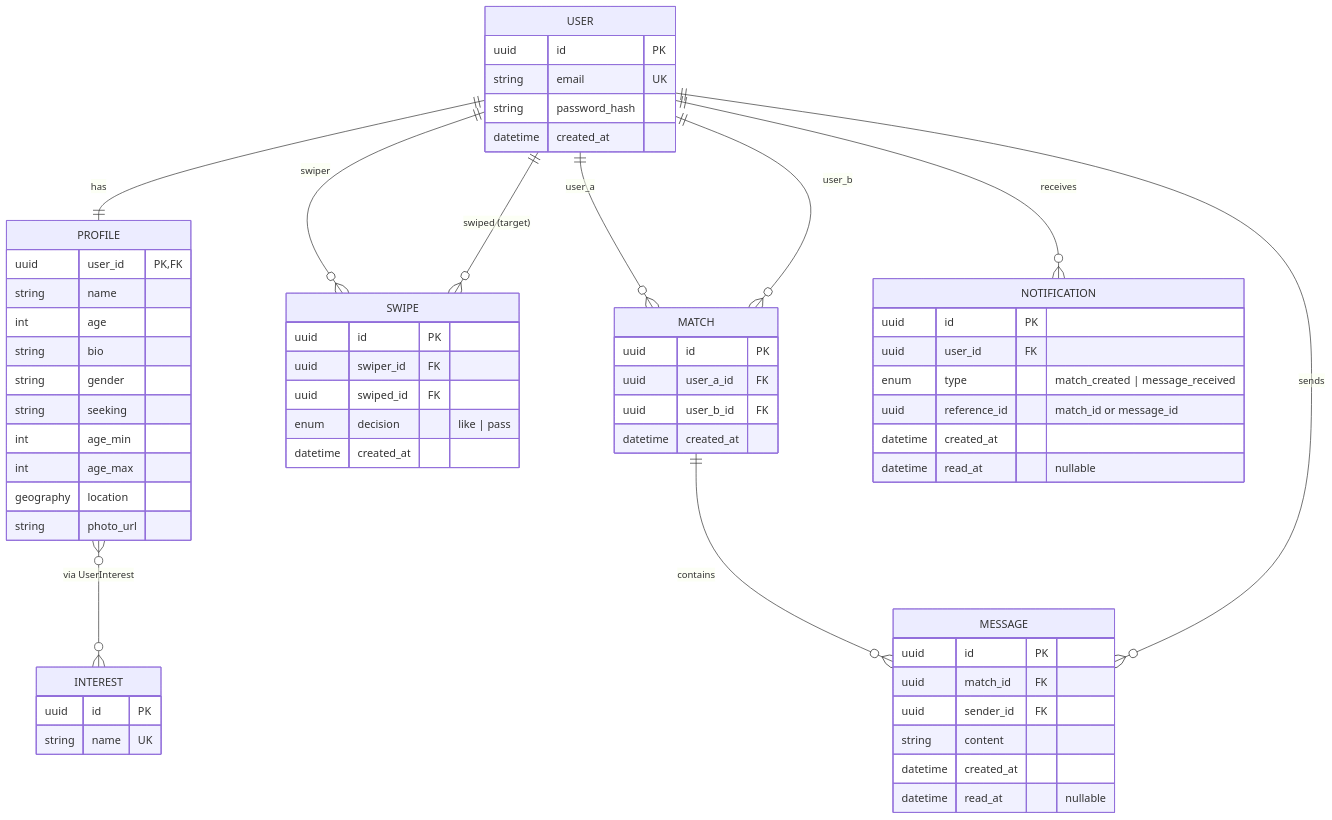
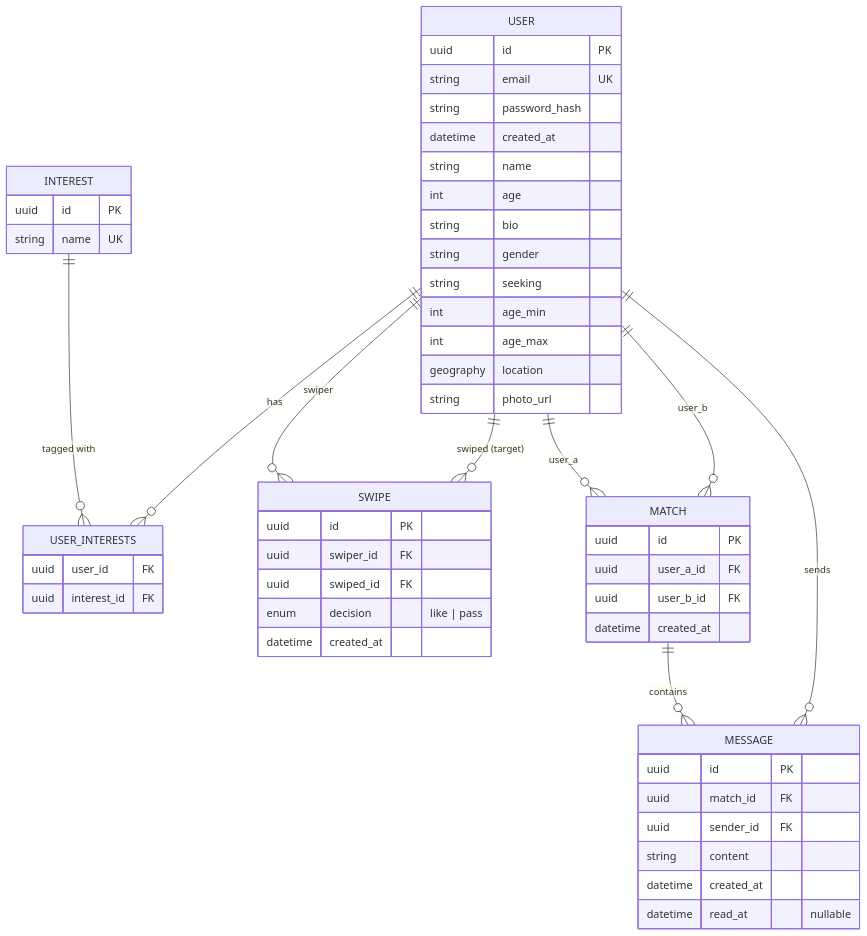
Before and after one commit to Mr-Chekaut-Dungeon-IM-42/kpinder-02: the diagram in spec.md, drawn with Mermaid. The commit also changed other lines of this file and 1 other file, not shown here.

Commit message:
ref(spec): updated spec with cut corners

````diff
--- a/spec.md
+++ b/spec.md
@@ -48,64 +41,56 @@
 ```mermaid
 erDiagram
-    USER ||--|| PROFILE : has
-    PROFILE }o--o{ INTEREST : "via UserInterest"
-    USER ||--o{ SWIPE : "swiper"
-    USER ||--o{ SWIPE : "swiped (target)"
-    USER ||--o{ MATCH : "user_a"
-    USER ||--o{ MATCH : "user_b"
-    MATCH ||--o{ MESSAGE : contains
-    USER ||--o{ MESSAGE : sends
-    USER ||--o{ NOTIFICATION : receives
+      USER ||--o{ USER_INTERESTS : "has"
+      INTEREST ||--o{ USER_INTERESTS : "tagged with"
+      USER ||--o{ SWIPE : "swiper"
+      USER ||--o{ SWIPE : "swiped (target)"
+      USER ||--o{ MATCH : "user_a"
+      USER ||--o{ MATCH : "user_b"
+      MATCH ||--o{ MESSAGE : contains
+      USER ||--o{ MESSAGE : sends
 
-    USER {
-        uuid id PK
-        string email UK
-        string password_hash
-        datetime created_at
-    }
-    PROFILE {
-        uuid user_id PK, FK
-        string name
-        int age
-        string bio
-        string gender
-        string seeking
-        int age_min
-        int age_max
-        geography location
-        string photo_url
-    }
-    INTEREST {
-        uuid id PK
-        string name UK
-    }
-    SWIPE {
-        uuid id PK
-        uuid swiper_id FK
-        uuid swiped_id FK
-        enum decision "like | pass"
-        datetime created_at
-    }
-    MATCH {
-        uuid id PK
-        uuid user_a_id FK
-        uuid user_b_id FK
-        datetime created_at
-    }
-    MESSAGE {
-        uuid id PK
-        uuid match_id FK
-        uuid sender_id FK
-        string content
-        datetime created_at
-        datetime read_at "nullable"
-    }
-    NOTIFICATION {
-        uuid id PK
-        uuid user_id FK
-        enum type "match_created | message_received"
-        uuid reference_id "match_id or message_id"
-        datetime created_at
-        datetime read_at "nullable"
-    }
+      USER {
+          uuid id PK
+          string email UK
+          string password_hash
+          datetime created_at
+          string name
+          int age
+          string bio
+          string gender
+          string seeking
+          int age_min
+          int age_max
+          geography location
+          string photo_url
+      }
+      INTEREST {
+          uuid id PK
+          string name UK
+      }
+      USER_INTERESTS {
+          uuid user_id FK
+          uuid interest_id FK
+      }
+      SWIPE {
+          uuid id PK
+          uuid swiper_id FK
+          uuid swiped_id FK
+          enum decision "like | pass"
+          datetime created_at
+      }
+      MATCH {
+          uuid id PK
+          uuid user_a_id FK
+          uuid user_b_id FK
+          datetime created_at
+      }
+      MESSAGE {
+          uuid id PK
+          uuid match_id FK
+          uuid sender_id FK
+          string content
+          datetime created_at
+          datetime read_at "nullable"
+      }
 ```
````
